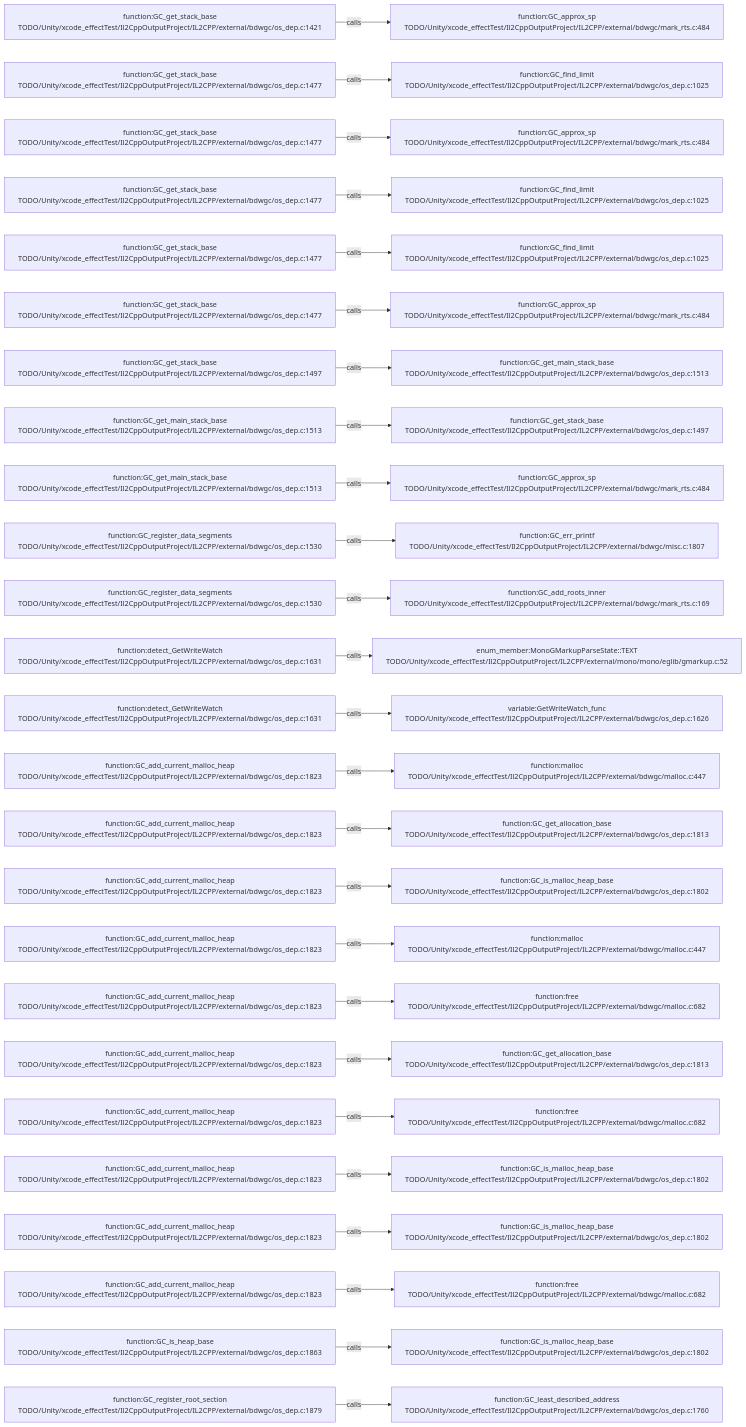
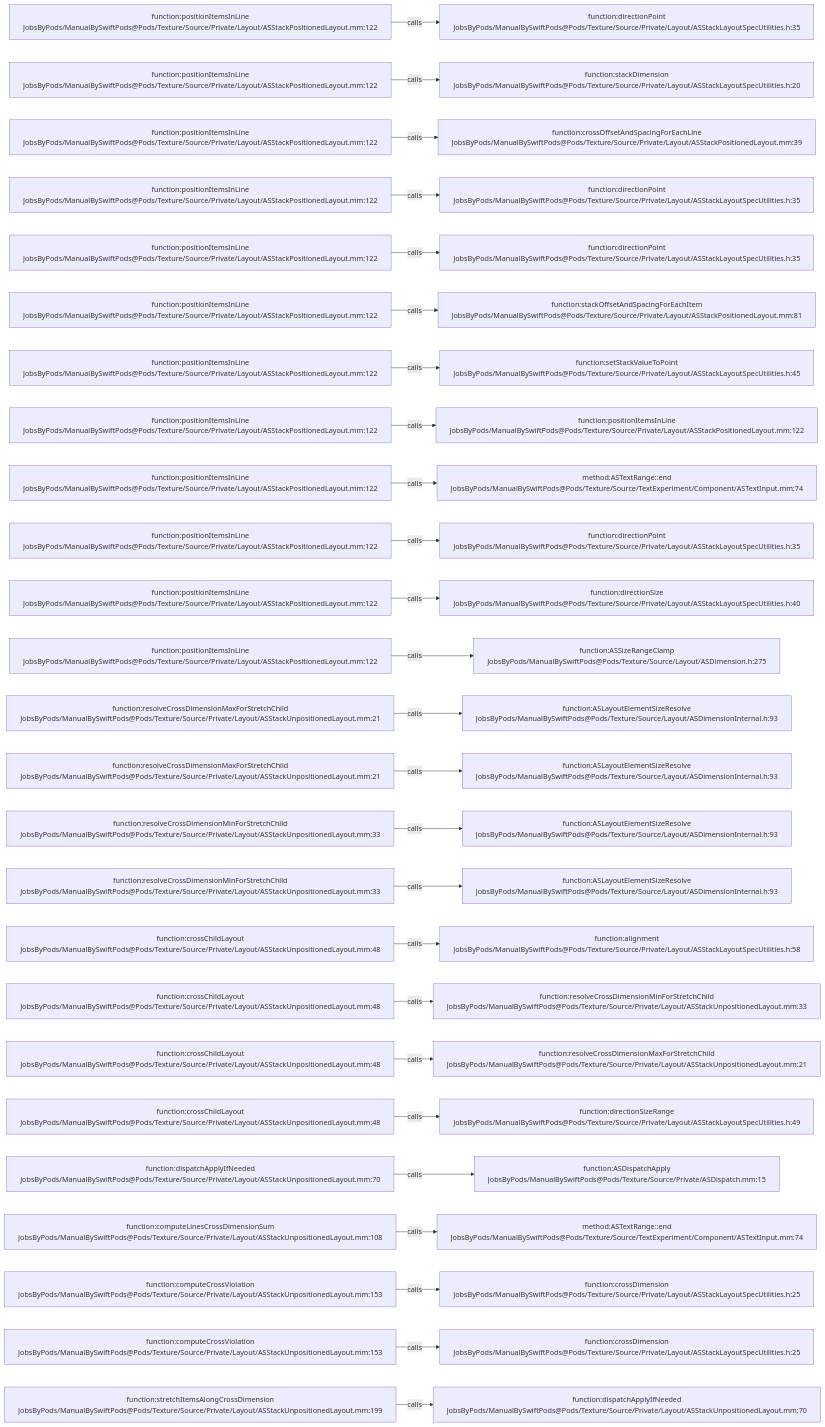
One commit to JobsKits/JobsSwiftBaseConfigDemo changed the diagram in .codegraph/codegraph.md/graphs/calls-143.md. Above: the diagram before and after it, drawn with Mermaid. The commit also changed 2959 other files, not shown here.

````diff
--- a/.codegraph/codegraph.md/graphs/calls-143.md
+++ b/.codegraph/codegraph.md/graphs/calls-143.md
@@ -13,78 +13,78 @@
 ```mermaid
 flowchart LR
-  S1["function:GC_get_stack_base<br/>TODO/Unity/xcode_effectTest/Il2CppOutputProject/IL2CPP/external/bdwgc/os_dep.c:1421"]
-  T1["function:GC_approx_sp<br/>TODO/Unity/xcode_effectTest/Il2CppOutputProject/IL2CPP/external/bdwgc/mark_rts.c:484"]
+  S1["function:positionItemsInLine<br/>JobsByPods/ManualBySwiftPods@Pods/Texture/Source/Private/Layout/ASStackPositionedLayout.mm:122"]
+  T1["function:directionPoint<br/>JobsByPods/ManualBySwiftPods@Pods/Texture/Source/Private/Layout/ASStackLayoutSpecUtilities.h:35"]
   S1 -->|calls| T1
-  S2["function:GC_get_stack_base<br/>TODO/Unity/xcode_effectTest/Il2CppOutputProject/IL2CPP/external/bdwgc/os_dep.c:1477"]
-  T2["function:GC_find_limit<br/>TODO/Unity/xcode_effectTest/Il2CppOutputProject/IL2CPP/external/bdwgc/os_dep.c:1025"]
+  S2["function:positionItemsInLine<br/>JobsByPods/ManualBySwiftPods@Pods/Texture/Source/Private/Layout/ASStackPositionedLayout.mm:122"]
+  T2["function:stackDimension<br/>JobsByPods/ManualBySwiftPods@Pods/Texture/Source/Private/Layout/ASStackLayoutSpecUtilities.h:20"]
   S2 -->|calls| T2
-  S3["function:GC_get_stack_base<br/>TODO/Unity/xcode_effectTest/Il2CppOutputProject/IL2CPP/external/bdwgc/os_dep.c:1477"]
-  T3["function:GC_approx_sp<br/>TODO/Unity/xcode_effectTest/Il2CppOutputProject/IL2CPP/external/bdwgc/mark_rts.c:484"]
+  S3["function:positionItemsInLine<br/>JobsByPods/ManualBySwiftPods@Pods/Texture/Source/Private/Layout/ASStackPositionedLayout.mm:122"]
+  T3["function:crossOffsetAndSpacingForEachLine<br/>JobsByPods/ManualBySwiftPods@Pods/Texture/Source/Private/Layout/ASStackPositionedLayout.mm:39"]
   S3 -->|calls| T3
-  S4["function:GC_get_stack_base<br/>TODO/Unity/xcode_effectTest/Il2CppOutputProject/IL2CPP/external/bdwgc/os_dep.c:1477"]
-  T4["function:GC_find_limit<br/>TODO/Unity/xcode_effectTest/Il2CppOutputProject/IL2CPP/external/bdwgc/os_dep.c:1025"]
+  S4["function:positionItemsInLine<br/>JobsByPods/ManualBySwiftPods@Pods/Texture/Source/Private/Layout/ASStackPositionedLayout.mm:122"]
+  T4["function:directionPoint<br/>JobsByPods/ManualBySwiftPods@Pods/Texture/Source/Private/Layout/ASStackLayoutSpecUtilities.h:35"]
   S4 -->|calls| T4
-  S5["function:GC_get_stack_base<br/>TODO/Unity/xcode_effectTest/Il2CppOutputProject/IL2CPP/external/bdwgc/os_dep.c:1477"]
-  T5["function:GC_find_limit<br/>TODO/Unity/xcode_effectTest/Il2CppOutputProject/IL2CPP/external/bdwgc/os_dep.c:1025"]
+  S5["function:positionItemsInLine<br/>JobsByPods/ManualBySwiftPods@Pods/Texture/Source/Private/Layout/ASStackPositionedLayout.mm:122"]
+  T5["function:directionPoint<br/>JobsByPods/ManualBySwiftPods@Pods/Texture/Source/Private/Layout/ASStackLayoutSpecUtilities.h:35"]
   S5 -->|calls| T5
-  S6["function:GC_get_stack_base<br/>TODO/Unity/xcode_effectTest/Il2CppOutputProject/IL2CPP/external/bdwgc/os_dep.c:1477"]
-  T6["function:GC_approx_sp<br/>TODO/Unity/xcode_effectTest/Il2CppOutputProject/IL2CPP/external/bdwgc/mark_rts.c:484"]
+  S6["function:positionItemsInLine<br/>JobsByPods/ManualBySwiftPods@Pods/Texture/Source/Private/Layout/ASStackPositionedLayout.mm:122"]
+  T6["function:stackOffsetAndSpacingForEachItem<br/>JobsByPods/ManualBySwiftPods@Pods/Texture/Source/Private/Layout/ASStackPositionedLayout.mm:81"]
   S6 -->|calls| T6
-  S7["function:GC_get_stack_base<br/>TODO/Unity/xcode_effectTest/Il2CppOutputProject/IL2CPP/external/bdwgc/os_dep.c:1497"]
-  T7["function:GC_get_main_stack_base<br/>TODO/Unity/xcode_effectTest/Il2CppOutputProject/IL2CPP/external/bdwgc/os_dep.c:1513"]
+  S7["function:positionItemsInLine<br/>JobsByPods/ManualBySwiftPods@Pods/Texture/Source/Private/Layout/ASStackPositionedLayout.mm:122"]
+  T7["function:setStackValueToPoint<br/>JobsByPods/ManualBySwiftPods@Pods/Texture/Source/Private/Layout/ASStackLayoutSpecUtilities.h:45"]
   S7 -->|calls| T7
-  S8["function:GC_get_main_stack_base<br/>TODO/Unity/xcode_effectTest/Il2CppOutputProject/IL2CPP/external/bdwgc/os_dep.c:1513"]
-  T8["function:GC_get_stack_base<br/>TODO/Unity/xcode_effectTest/Il2CppOutputProject/IL2CPP/external/bdwgc/os_dep.c:1497"]
+  S8["function:positionItemsInLine<br/>JobsByPods/ManualBySwiftPods@Pods/Texture/Source/Private/Layout/ASStackPositionedLayout.mm:122"]
+  T8["function:positionItemsInLine<br/>JobsByPods/ManualBySwiftPods@Pods/Texture/Source/Private/Layout/ASStackPositionedLayout.mm:122"]
   S8 -->|calls| T8
-  S9["function:GC_get_main_stack_base<br/>TODO/Unity/xcode_effectTest/Il2CppOutputProject/IL2CPP/external/bdwgc/os_dep.c:1513"]
-  T9["function:GC_approx_sp<br/>TODO/Unity/xcode_effectTest/Il2CppOutputProject/IL2CPP/external/bdwgc/mark_rts.c:484"]
+  S9["function:positionItemsInLine<br/>JobsByPods/ManualBySwiftPods@Pods/Texture/Source/Private/Layout/ASStackPositionedLayout.mm:122"]
+  T9["method:ASTextRange::end<br/>JobsByPods/ManualBySwiftPods@Pods/Texture/Source/TextExperiment/Component/ASTextInput.mm:74"]
   S9 -->|calls| T9
-  S10["function:GC_register_data_segments<br/>TODO/Unity/xcode_effectTest/Il2CppOutputProject/IL2CPP/external/bdwgc/os_dep.c:1530"]
-  T10["function:GC_err_printf<br/>TODO/Unity/xcode_effectTest/Il2CppOutputProject/IL2CPP/external/bdwgc/misc.c:1807"]
+  S10["function:positionItemsInLine<br/>JobsByPods/ManualBySwiftPods@Pods/Texture/Source/Private/Layout/ASStackPositionedLayout.mm:122"]
+  T10["function:directionPoint<br/>JobsByPods/ManualBySwiftPods@Pods/Texture/Source/Private/Layout/ASStackLayoutSpecUtilities.h:35"]
   S10 -->|calls| T10
-  S11["function:GC_register_data_segments<br/>TODO/Unity/xcode_effectTest/Il2CppOutputProject/IL2CPP/external/bdwgc/os_dep.c:1530"]
-  T11["function:GC_add_roots_inner<br/>TODO/Unity/xcode_effectTest/Il2CppOutputProject/IL2CPP/external/bdwgc/mark_rts.c:169"]
+  S11["function:positionItemsInLine<br/>JobsByPods/ManualBySwiftPods@Pods/Texture/Source/Private/Layout/ASStackPositionedLayout.mm:122"]
+  T11["function:directionSize<br/>JobsByPods/ManualBySwiftPods@Pods/Texture/Source/Private/Layout/ASStackLayoutSpecUtilities.h:40"]
   S11 -->|calls| T11
-  S12["function:detect_GetWriteWatch<br/>TODO/Unity/xcode_effectTest/Il2CppOutputProject/IL2CPP/external/bdwgc/os_dep.c:1631"]
-  T12["enum_member:MonoGMarkupParseState::TEXT<br/>TODO/Unity/xcode_effectTest/Il2CppOutputProject/IL2CPP/external/mono/mono/eglib/gmarkup.c:52"]
+  S12["function:positionItemsInLine<br/>JobsByPods/ManualBySwiftPods@Pods/Texture/Source/Private/Layout/ASStackPositionedLayout.mm:122"]
+  T12["function:ASSizeRangeClamp<br/>JobsByPods/ManualBySwiftPods@Pods/Texture/Source/Layout/ASDimension.h:275"]
   S12 -->|calls| T12
-  S13["function:detect_GetWriteWatch<br/>TODO/Unity/xcode_effectTest/Il2CppOutputProject/IL2CPP/external/bdwgc/os_dep.c:1631"]
-  T13["variable:GetWriteWatch_func<br/>TODO/Unity/xcode_effectTest/Il2CppOutputProject/IL2CPP/external/bdwgc/os_dep.c:1626"]
+  S13["function:resolveCrossDimensionMaxForStretchChild<br/>JobsByPods/ManualBySwiftPods@Pods/Texture/Source/Private/Layout/ASStackUnpositionedLayout.mm:21"]
+  T13["function:ASLayoutElementSizeResolve<br/>JobsByPods/ManualBySwiftPods@Pods/Texture/Source/Layout/ASDimensionInternal.h:93"]
   S13 -->|calls| T13
-  S14["function:GC_add_current_malloc_heap<br/>TODO/Unity/xcode_effectTest/Il2CppOutputProject/IL2CPP/external/bdwgc/os_dep.c:1823"]
-  T14["function:malloc<br/>TODO/Unity/xcode_effectTest/Il2CppOutputProject/IL2CPP/external/bdwgc/malloc.c:447"]
+  S14["function:resolveCrossDimensionMaxForStretchChild<br/>JobsByPods/ManualBySwiftPods@Pods/Texture/Source/Private/Layout/ASStackUnpositionedLayout.mm:21"]
+  T14["function:ASLayoutElementSizeResolve<br/>JobsByPods/ManualBySwiftPods@Pods/Texture/Source/Layout/ASDimensionInternal.h:93"]
   S14 -->|calls| T14
-  S15["function:GC_add_current_malloc_heap<br/>TODO/Unity/xcode_effectTest/Il2CppOutputProject/IL2CPP/external/bdwgc/os_dep.c:1823"]
-  T15["function:GC_get_allocation_base<br/>TODO/Unity/xcode_effectTest/Il2CppOutputProject/IL2CPP/external/bdwgc/os_dep.c:1813"]
+  S15["function:resolveCrossDimensionMinForStretchChild<br/>JobsByPods/ManualBySwiftPods@Pods/Texture/Source/Private/Layout/ASStackUnpositionedLayout.mm:33"]
+  T15["function:ASLayoutElementSizeResolve<br/>JobsByPods/ManualBySwiftPods@Pods/Texture/Source/Layout/ASDimensionInternal.h:93"]
   S15 -->|calls| T15
-  S16["function:GC_add_current_malloc_heap<br/>TODO/Unity/xcode_effectTest/Il2CppOutputProject/IL2CPP/external/bdwgc/os_dep.c:1823"]
-  T16["function:GC_is_malloc_heap_base<br/>TODO/Unity/xcode_effectTest/Il2CppOutputProject/IL2CPP/external/bdwgc/os_dep.c:1802"]
+  S16["function:resolveCrossDimensionMinForStretchChild<br/>JobsByPods/ManualBySwiftPods@Pods/Texture/Source/Private/Layout/ASStackUnpositionedLayout.mm:33"]
+  T16["function:ASLayoutElementSizeResolve<br/>JobsByPods/ManualBySwiftPods@Pods/Texture/Source/Layout/ASDimensionInternal.h:93"]
   S16 -->|calls| T16
-  S17["function:GC_add_current_malloc_heap<br/>TODO/Unity/xcode_effectTest/Il2CppOutputProject/IL2CPP/external/bdwgc/os_dep.c:1823"]
-  T17["function:malloc<br/>TODO/Unity/xcode_effectTest/Il2CppOutputProject/IL2CPP/external/bdwgc/malloc.c:447"]
+  S17["function:crossChildLayout<br/>JobsByPods/ManualBySwiftPods@Pods/Texture/Source/Private/Layout/ASStackUnpositionedLayout.mm:48"]
+  T17["function:alignment<br/>JobsByPods/ManualBySwiftPods@Pods/Texture/Source/Private/Layout/ASStackLayoutSpecUtilities.h:58"]
   S17 -->|calls| T17
-  S18["function:GC_add_current_malloc_heap<br/>TODO/Unity/xcode_effectTest/Il2CppOutputProject/IL2CPP/external/bdwgc/os_dep.c:1823"]
-  T18["function:free<br/>TODO/Unity/xcode_effectTest/Il2CppOutputProject/IL2CPP/external/bdwgc/malloc.c:682"]
+  S18["function:crossChildLayout<br/>JobsByPods/ManualBySwiftPods@Pods/Texture/Source/Private/Layout/ASStackUnpositionedLayout.mm:48"]
+  T18["function:resolveCrossDimensionMinForStretchChild<br/>JobsByPods/ManualBySwiftPods@Pods/Texture/Source/Private/Layout/ASStackUnpositionedLayout.mm:33"]
   S18 -->|calls| T18
-  S19["function:GC_add_current_malloc_heap<br/>TODO/Unity/xcode_effectTest/Il2CppOutputProject/IL2CPP/external/bdwgc/os_dep.c:1823"]
-  T19["function:GC_get_allocation_base<br/>TODO/Unity/xcode_effectTest/Il2CppOutputProject/IL2CPP/external/bdwgc/os_dep.c:1813"]
+  S19["function:crossChildLayout<br/>JobsByPods/ManualBySwiftPods@Pods/Texture/Source/Private/Layout/ASStackUnpositionedLayout.mm:48"]
+  T19["function:resolveCrossDimensionMaxForStretchChild<br/>JobsByPods/ManualBySwiftPods@Pods/Texture/Source/Private/Layout/ASStackUnpositionedLayout.mm:21"]
   S19 -->|calls| T19
-  S20["function:GC_add_current_malloc_heap<br/>TODO/Unity/xcode_effectTest/Il2CppOutputProject/IL2CPP/external/bdwgc/os_dep.c:1823"]
-  T20["function:free<br/>TODO/Unity/xcode_effectTest/Il2CppOutputProject/IL2CPP/external/bdwgc/malloc.c:682"]
+  S20["function:crossChildLayout<br/>JobsByPods/ManualBySwiftPods@Pods/Texture/Source/Private/Layout/ASStackUnpositionedLayout.mm:48"]
+  T20["function:directionSizeRange<br/>JobsByPods/ManualBySwiftPods@Pods/Texture/Source/Private/Layout/ASStackLayoutSpecUtilities.h:49"]
   S20 -->|calls| T20
-  S21["function:GC_add_current_malloc_heap<br/>TODO/Unity/xcode_effectTest/Il2CppOutputProject/IL2CPP/external/bdwgc/os_dep.c:1823"]
-  T21["function:GC_is_malloc_heap_base<br/>TODO/Unity/xcode_effectTest/Il2CppOutputProject/IL2CPP/external/bdwgc/os_dep.c:1802"]
+  S21["function:dispatchApplyIfNeeded<br/>JobsByPods/ManualBySwiftPods@Pods/Texture/Source/Private/Layout/ASStackUnpositionedLayout.mm:70"]
+  T21["function:ASDispatchApply<br/>JobsByPods/ManualBySwiftPods@Pods/Texture/Source/Private/ASDispatch.mm:15"]
   S21 -->|calls| T21
-  S22["function:GC_add_current_malloc_heap<br/>TODO/Unity/xcode_effectTest/Il2CppOutputProject/IL2CPP/external/bdwgc/os_dep.c:1823"]
-  T22["function:GC_is_malloc_heap_base<br/>TODO/Unity/xcode_effectTest/Il2CppOutputProject/IL2CPP/external/bdwgc/os_dep.c:1802"]
+  S22["function:computeLinesCrossDimensionSum<br/>JobsByPods/ManualBySwiftPods@Pods/Texture/Source/Private/Layout/ASStackUnpositionedLayout.mm:108"]
+  T22["method:ASTextRange::end<br/>JobsByPods/ManualBySwiftPods@Pods/Texture/Source/TextExperiment/Component/ASTextInput.mm:74"]
   S22 -->|calls| T22
-  S23["function:GC_add_current_malloc_heap<br/>TODO/Unity/xcode_effectTest/Il2CppOutputProject/IL2CPP/external/bdwgc/os_dep.c:1823"]
-  T23["function:free<br/>TODO/Unity/xcode_effectTest/Il2CppOutputProject/IL2CPP/external/bdwgc/malloc.c:682"]
+  S23["function:computeCrossViolation<br/>JobsByPods/ManualBySwiftPods@Pods/Texture/Source/Private/Layout/ASStackUnpositionedLayout.mm:153"]
+  T23["function:crossDimension<br/>JobsByPods/ManualBySwiftPods@Pods/Texture/Source/Private/Layout/ASStackLayoutSpecUtilities.h:25"]
   S23 -->|calls| T23
-  S24["function:GC_is_heap_base<br/>TODO/Unity/xcode_effectTest/Il2CppOutputProject/IL2CPP/external/bdwgc/os_dep.c:1863"]
-  T24["function:GC_is_malloc_heap_base<br/>TODO/Unity/xcode_effectTest/Il2CppOutputProject/IL2CPP/external/bdwgc/os_dep.c:1802"]
+  S24["function:computeCrossViolation<br/>JobsByPods/ManualBySwiftPods@Pods/Texture/Source/Private/Layout/ASStackUnpositionedLayout.mm:153"]
+  T24["function:crossDimension<br/>JobsByPods/ManualBySwiftPods@Pods/Texture/Source/Private/Layout/ASStackLayoutSpecUtilities.h:25"]
   S24 -->|calls| T24
-  S25["function:GC_register_root_section<br/>TODO/Unity/xcode_effectTest/Il2CppOutputProject/IL2CPP/external/bdwgc/os_dep.c:1879"]
-  T25["function:GC_least_described_address<br/>TODO/Unity/xcode_effectTest/Il2CppOutputProject/IL2CPP/external/bdwgc/os_dep.c:1760"]
+  S25["function:stretchItemsAlongCrossDimension<br/>JobsByPods/ManualBySwiftPods@Pods/Texture/Source/Private/Layout/ASStackUnpositionedLayout.mm:199"]
+  T25["function:dispatchApplyIfNeeded<br/>JobsByPods/ManualBySwiftPods@Pods/Texture/Source/Private/Layout/ASStackUnpositionedLayout.mm:70"]
   S25 -->|calls| T25
 ```
````
